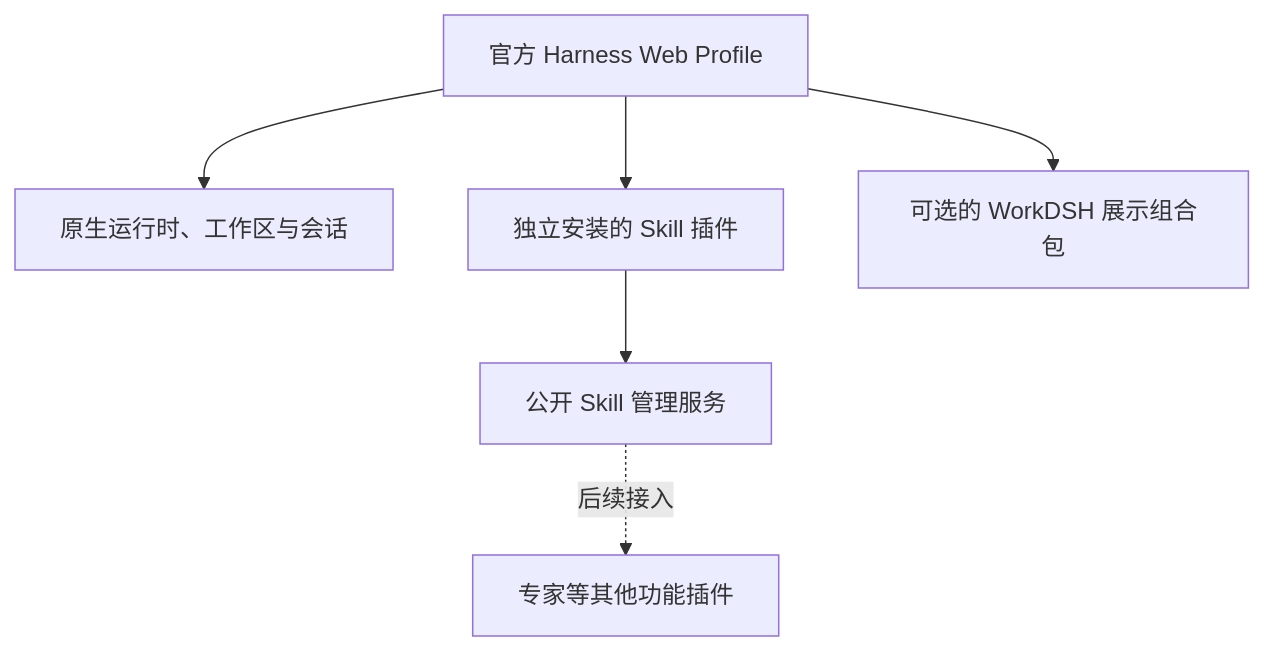
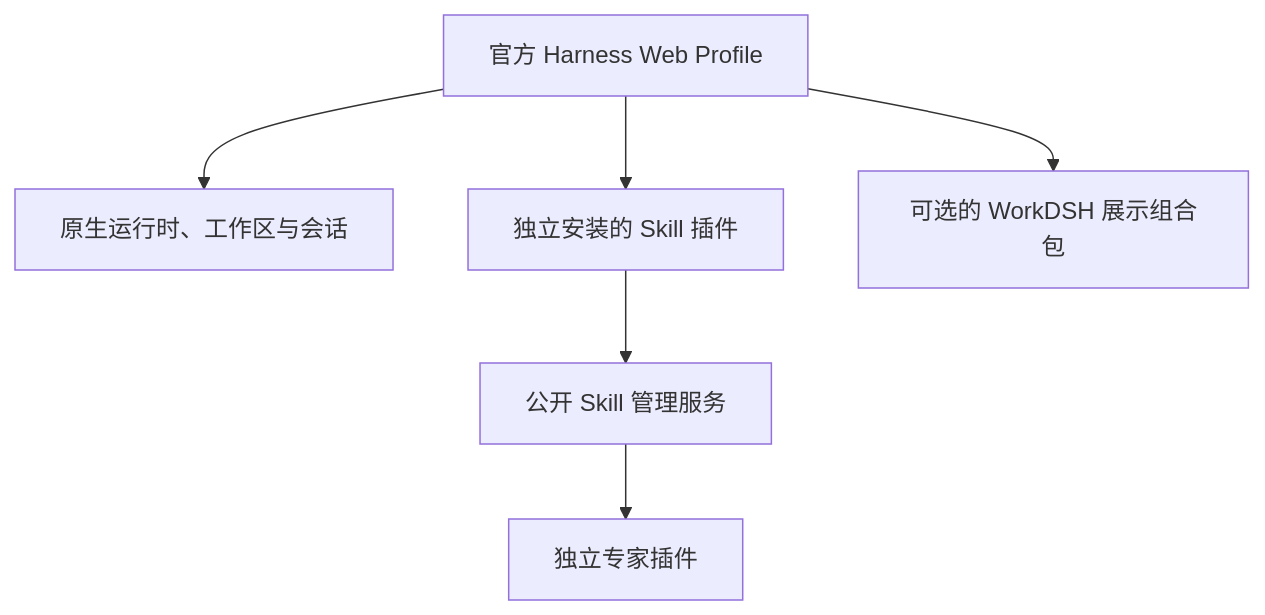
Before and after one commit to hkluoji-lab/workdsh: the diagram in README.zh-CN.md, drawn with Mermaid. The commit also changed other lines of this file and 109 other files, not shown here.

````diff
--- a/README.zh-CN.md
+++ b/README.zh-CN.md
@@ -35,9 +49,9 @@
 ```mermaid
 flowchart TB
   profile[官方 Harness Web Profile]
   profile --> native[原生运行时、工作区与会话]
   profile --> skills[独立安装的 Skill 插件]
   profile --> presentation[可选的 WorkDSH 展示组合包]
   skills --> service[公开 Skill 管理服务]
-  service -. 后续接入 .-> experts[专家等其他功能插件]
+  service --> experts[独立专家插件]
 ```
````
